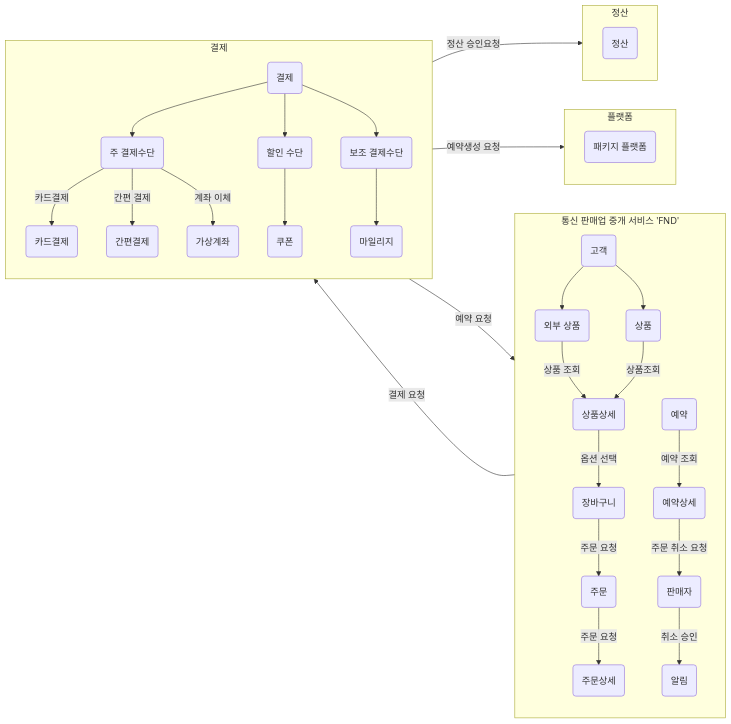
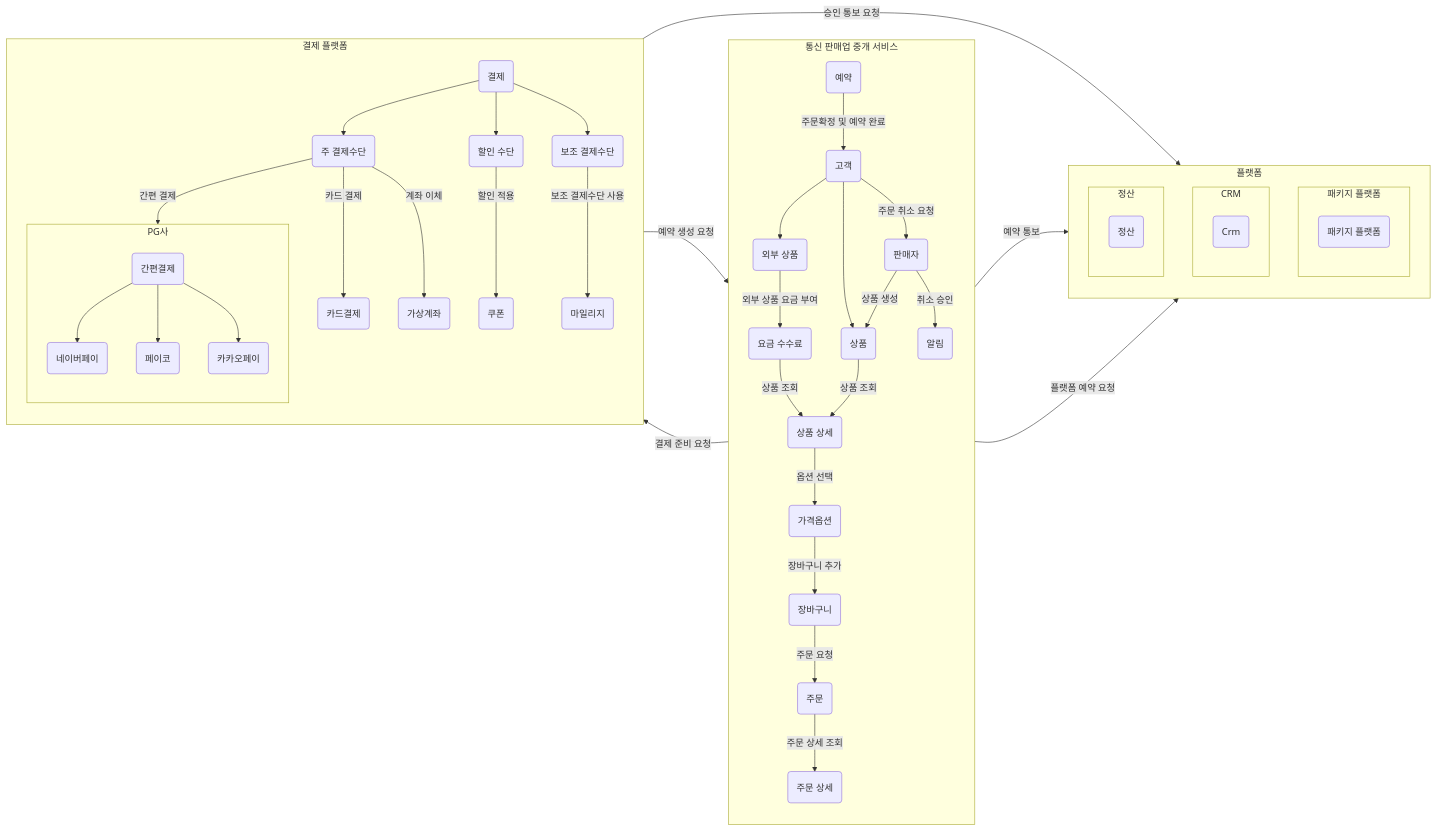
The second of 2 diagrams in Domain/domainModel-hyungkishin.md (next-step/career-domain), drawn with Mermaid before and after one commit.

Commit message:
docs: 상세도메인 리펙토링

````diff
--- a/Domain/domainModel-hyungkishin.md
+++ b/Domain/domainModel-hyungkishin.md
@@ -22,58 +22,82 @@
 ```mermaid
-    flowchart LR
+   flowchart LR
     User(고객)
     Seller(판매자)
     Product(상품)
     Notify(알림)
+    Option(가격옵션)
     ApiProduct(외부 상품)
-    ProductDetail(상품상세)
+    ProductDetail(상품 상세)
+    MarkUp(요금 수수료)
     Cart(장바구니)
     Order(주문)
-    OrderDetail(주문상세)
+    Crm(Crm)
+    OrderDetail(주문 상세)
+    Reservation(예약)
     Payment(결제)
     Card(카드결제)
     EasyPay(간편결제)
     Mileage(마일리지)
     VirtualAccount(가상계좌)
     MainAccount(주 결제수단)
     Coupon(쿠폰)
-    Reservation(예약)
     PackagePlatForm(패키지 플랫폼)
-    ReservationDetail(예약상세)
     Settlement(정산)
-    subgraph 통신 판매업 중개 서비스 'FND'
+
+    subgraph "통신 판매업 중개 서비스"
         direction TB
+        Seller -->|상품 생성| Product
         User --> ApiProduct
         User --> Product
-        ApiProduct -->|상품 조회| ProductDetail
-        Product -->|상품조회| ProductDetail -->|옵션 선택| Cart
+        ApiProduct -->|외부 상품 요금 부여| MarkUp -->|상품 조회| ProductDetail
+        Product -->|상품 조회| ProductDetail -->|옵션 선택| Option -->|장바구니 추가| Cart
         Cart -->|주문 요청| Order
-        Order -->|주문 요청| OrderDetail
-        Reservation
-        ReservationDetail
+        Order -->|주문 상세 조회| OrderDetail
         Seller
         Notify
+        Reservation
     end
-    OrderDetail -->|결제 요청| Payment
-    subgraph 결제
+
+    subgraph "결제 플랫폼"
         direction TB
-        Payment --> MainAccount -->|카드결제| Card
+        Payment --> MainAccount
+        MainAccount -->|카드 결제| Card
         MainAccount -->|간편 결제| EasyPay
         MainAccount -->|계좌 이체| VirtualAccount
-        Payment --> DisCount(할인 수단) --> Coupon
-        Payment --> SubAccount(보조 결제수단) --> Mileage
+        Payment --> DisCount(할인 수단)
+        DisCount -->|할인 적용| Coupon
+        Payment --> SubAccount(보조 결제수단)
+        SubAccount -->|보조 결제수단 사용| Mileage
+        subgraph "PG사"
+            direction TB
+            EasyPay --> NaverPay(네이버페이)
+            EasyPay --> Payco(페이코)
+            EasyPay --> KAKAO(카카오페이)
+        end
     end
-    subgraph 플랫폼
+
+    subgraph "플랫폼"
         direction TB
-        Payment -->|예약생성 요청| PackagePlatForm
+        subgraph 패키지 플랫폼
+            direction TB
+            PackagePlatForm
+        end
+        subgraph "CRM"
+            direction TB
+            Crm
+        end
+        subgraph "정산"
+            direction TB
+            Payment -->|승인 통보 요청| Settlement
+        end
     end
-    subgraph 정산
-        direction TB
-        Payment -->|정산 승인요청| Settlement
-    end
-    Payment -->|예약 요청| Reservation
-    Reservation -->|예약 조회| ReservationDetail
-    ReservationDetail -->|주문 취소 요청| Seller
+
+    OrderDetail -->|결제 준비 요청| Payment
+    Payment -->|예약 생성 요청| Reservation
+    Reservation --> |예약 통보|Crm
+    Reservation --> |플랫폼 예약 요청|PackagePlatForm
+    Reservation --> |주문확정 및 예약 완료|User
+    User -->|주문 취소 요청| Seller
     Seller -->|취소 승인| Notify
     Notify
 ```
````
